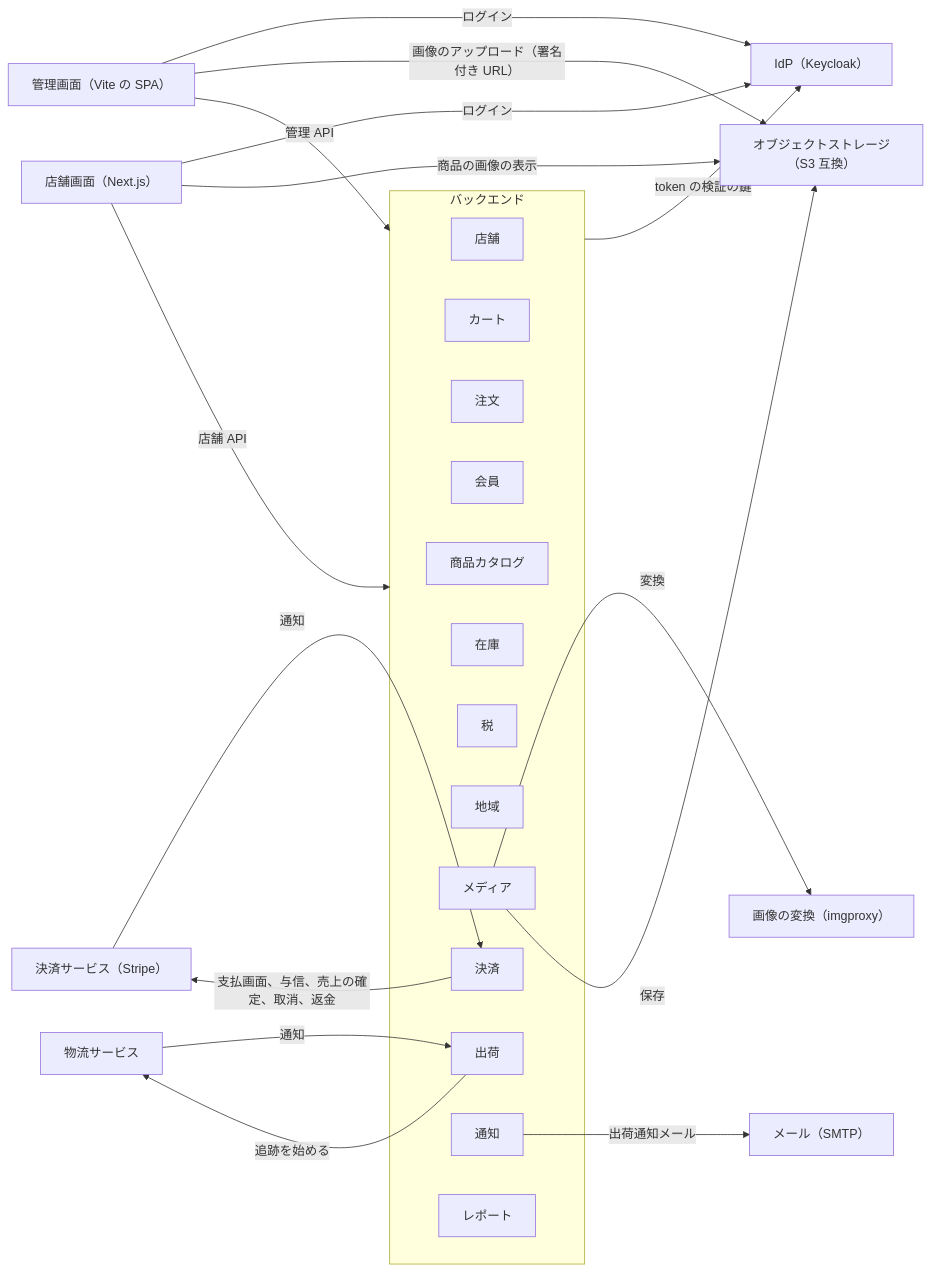
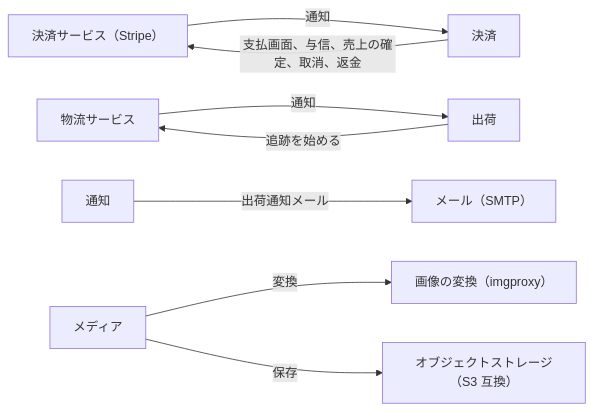
One commit to roger88106/ec-site changed the fourth of 4 diagrams in docs/02-設計/overview.md. Above: the diagram before and after it, drawn with Mermaid. The commit also changed other lines of this file and 6 other files, not shown here.

First line of the commit message:
docs: 全体構成の図を 4 つに分け、日本語の名前で描く（T326-07-06）

````diff
--- a/docs/02-設計/overview.md
+++ b/docs/02-設計/overview.md
@@ -66,42 +112,21 @@
 ```mermaid
 flowchart LR
-    store_app["店舗画面（Next.js）"]
-    admin_app["管理画面（Vite の SPA）"]
-    idp["IdP（Keycloak）"]
     payment_service["決済サービス（Stripe）"]
     carrier["物流サービス"]
     smtp["メール（SMTP）"]
     storage["オブジェクトストレージ（S3 互換）"]
     converter["画像の変換（imgproxy）"]
 
-    subgraph backend["バックエンド"]
-        module_storefront["店舗"]
-        module_cart["カート"]
-        module_order["注文"]
-        module_member["会員"]
-        module_catalog["商品カタログ"]
-        module_inventory["在庫"]
-        module_tax["税"]
-        module_region["地域"]
-        module_media["メディア"]
-        module_payment["決済"]
-        module_shipping["出荷"]
-        module_notification["通知"]
-        module_reporting["レポート"]
-    end
+    module_payment["決済"]
+    module_shipping["出荷"]
+    module_notification["通知"]
+    module_media["メディア"]
 
-    store_app -->|ログイン| idp
-    admin_app -->|ログイン| idp
-    store_app -->|店舗 API| backend
-    admin_app -->|管理 API| backend
-    admin_app -->|画像のアップロード（署名付き URL）| storage
-    backend -->|token の検証の鍵| idp
     module_payment -->|支払画面、与信、売上の確定、取消、返金| payment_service
     payment_service -->|通知| module_payment
     module_shipping -->|追跡を始める| carrier
     carrier -->|通知| module_shipping
     module_notification -->|出荷通知メール| smtp
     module_media -->|変換| converter
     module_media -->|保存| storage
-    store_app -->|商品の画像の表示| storage
 ```
````
